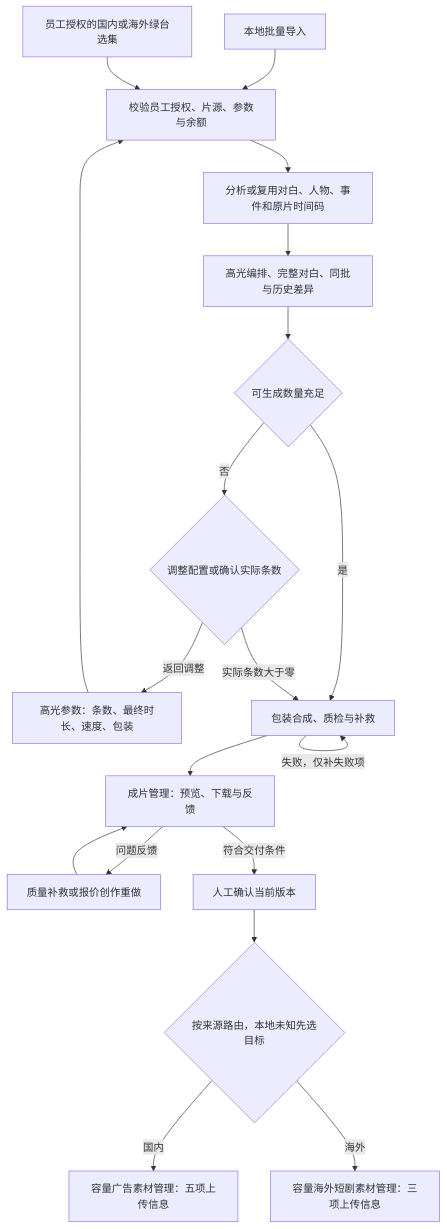
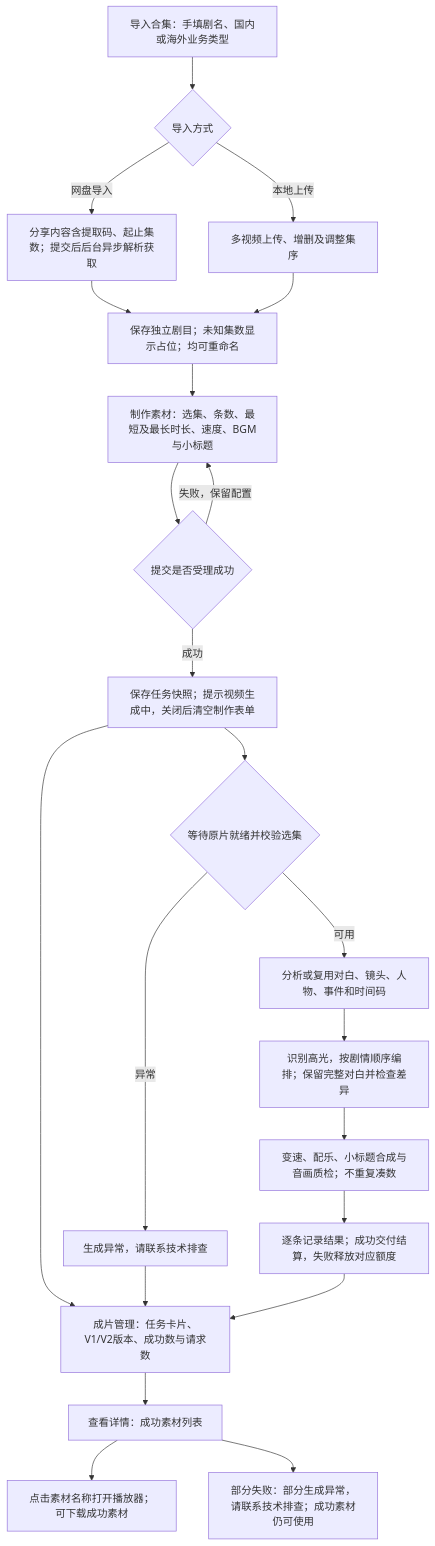
Before and after one commit to hongjuan303/html-prototypes: the diagram in ai-smart-mixed-cut-v7/assets/highlight-workflow-v7.mmd, drawn with Mermaid. The commit also changed 52 other files, not shown here.

```diff
--- a/ai-smart-mixed-cut-v7/assets/highlight-workflow-v7.mmd
+++ b/ai-smart-mixed-cut-v7/assets/highlight-workflow-v7.mmd
@@ -1,19 +1,22 @@
 flowchart TD
- localFiles["本地批量导入"] --> validateSource
- greenCollection["员工授权的国内或海外绿台选集"] --> validateSource
- configure["高光参数：条数、最终时长、速度、包装"] --> validateSource
- validateSource["校验员工授权、片源、参数与余额"] --> analyzeStory["分析或复用对白、人物、事件和原片时间码"]
- analyzeStory --> planHighlights["高光编排、完整对白、同批与历史差异"]
- planHighlights --> enoughContent{"可生成数量充足"}
- enoughContent -->|是| renderVideo["包装合成、质检与补救"]
- enoughContent -->|否| capacityChoice{"调整配置或确认实际条数"}
- capacityChoice -->|返回调整| configure
- capacityChoice -->|实际条数大于零| renderVideo
- renderVideo --> previewVideo["成片管理：预览、下载与反馈"]
- renderVideo -->|失败，仅补失败项| renderVideo
- previewVideo -->|问题反馈| reworkVideo["质量补救或报价创作重做"]
- reworkVideo --> previewVideo
- previewVideo -->|符合交付条件| confirmVideo["人工确认当前版本"]
- confirmVideo --> chooseTarget{"按来源路由，本地未知先选目标"}
- chooseTarget -->|国内| domesticMaterials["容量广告素材管理：五项上传信息"]
- chooseTarget -->|海外| overseasMaterials["容量海外短剧素材管理：三项上传信息"]
+ importSource["导入合集：手填剧名、国内或海外业务类型"] --> importMode{"导入方式"}
+ importMode -->|网盘导入| cloud["分享内容含提取码、起止集数；提交后后台异步解析获取"]
+ importMode -->|本地上传| local["多视频上传、增删及调整集序"]
+ cloud --> library["保存独立剧目；未知集数显示占位；均可重命名"]
+ local --> library
+ library --> configure["制作素材：选集、条数、最短及最长时长、速度、BGM与小标题"]
+ configure --> submit{"提交是否受理成功"}
+ submit -->|失败，保留配置| configure
+ submit -->|成功| snapshot["保存任务快照；提示视频生成中，关闭后清空制作表单"]
+ snapshot --> sourceReady{"等待原片就绪并校验选集"}
+ sourceReady -->|异常| failed["生成异常，请联系技术排查"]
+ sourceReady -->|可用| analyze["分析或复用对白、镜头、人物、事件和时间码"]
+ analyze --> highlights["识别高光，按剧情顺序编排；保留完整对白并检查差异"]
+ highlights --> render["变速、配乐、小标题合成与音画质检；不重复凑数"]
+ render --> results["逐条记录结果；成功交付结算，失败释放对应额度"]
+ snapshot --> tasks["成片管理：任务卡片、V1/V2版本、成功数与请求数"]
+ failed --> tasks
+ results --> tasks
+ tasks --> detail["查看详情：成功素材列表"]
+ detail --> preview["点击素材名称打开播放器；可下载成功素材"]
+ detail --> partial["部分失败：部分生成异常，请联系技术排查；成功素材仍可使用"]
```
